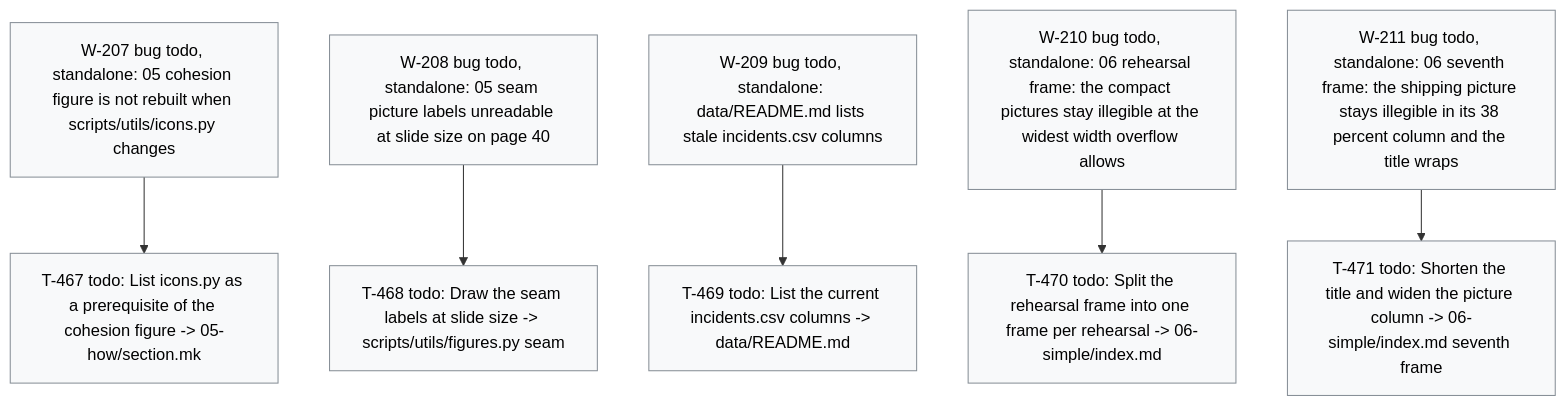
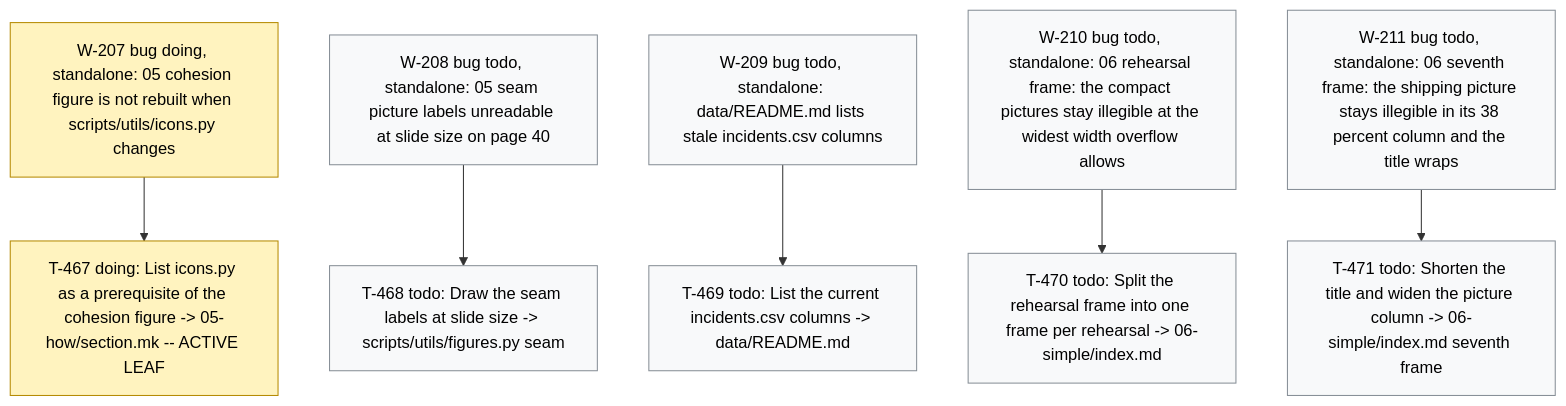
Before and after one commit to dpopchev/chaos-to-simple: the diagram in .board/BOARD.md, drawn with Mermaid. The commit also changed other lines of this file and 2 other files, not shown here.

Commit message:
chore(board): activate W-207, start T-467
Refs: W-207 T-467

````diff
--- a/.board/BOARD.md
+++ b/.board/BOARD.md
@@ -1224,19 +1224,20 @@
 ```mermaid
 flowchart TD
-  W207["W-207 bug todo, standalone: 05 cohesion figure is not rebuilt when scripts/utils/icons.py changes"]
-  W207 --> T467["T-467 todo: List icons.py as a prerequisite of the cohesion figure -> 05-how/section.mk"]
+  W207["W-207 bug doing, standalone: 05 cohesion figure is not rebuilt when scripts/utils/icons.py changes"]
+  W207 --> T467["T-467 doing: List icons.py as a prerequisite of the cohesion figure -> 05-how/section.mk -- ACTIVE LEAF"]
   W208["W-208 bug todo, standalone: 05 seam picture labels unreadable at slide size on page 40"]
   W208 --> T468["T-468 todo: Draw the seam labels at slide size -> scripts/utils/figures.py seam"]
   W209["W-209 bug todo, standalone: data/README.md lists stale incidents.csv columns"]
   W209 --> T469["T-469 todo: List the current incidents.csv columns -> data/README.md"]
   W210["W-210 bug todo, standalone: 06 rehearsal frame: the compact pictures stay illegible at the widest width overflow allows"]
   W210 --> T470["T-470 todo: Split the rehearsal frame into one frame per rehearsal -> 06-simple/index.md"]
   W211["W-211 bug todo, standalone: 06 seventh frame: the shipping picture stays illegible in its 38 percent column and the title wraps"]
   W211 --> T471["T-471 todo: Shorten the title and widen the picture column -> 06-simple/index.md seventh frame"]
   classDef doing fill:#fff3bf,stroke:#b58900,color:#000;
   classDef blocked fill:#ffe3e3,stroke:#c92a2a,color:#000;
   classDef done fill:#e6ffed,stroke:#2b8a3e,color:#000;
   classDef todo fill:#f8f9fa,stroke:#868e96,color:#000;
   classDef pruned fill:#f1f3f5,stroke:#adb5bd,color:#000;
-  class W207,T467,W208,T468,W209,T469,W210,T470,W211,T471 todo
+  class W207,T467 doing
+  class W208,T468,W209,T469,W210,T470,W211,T471 todo
 ```
````
